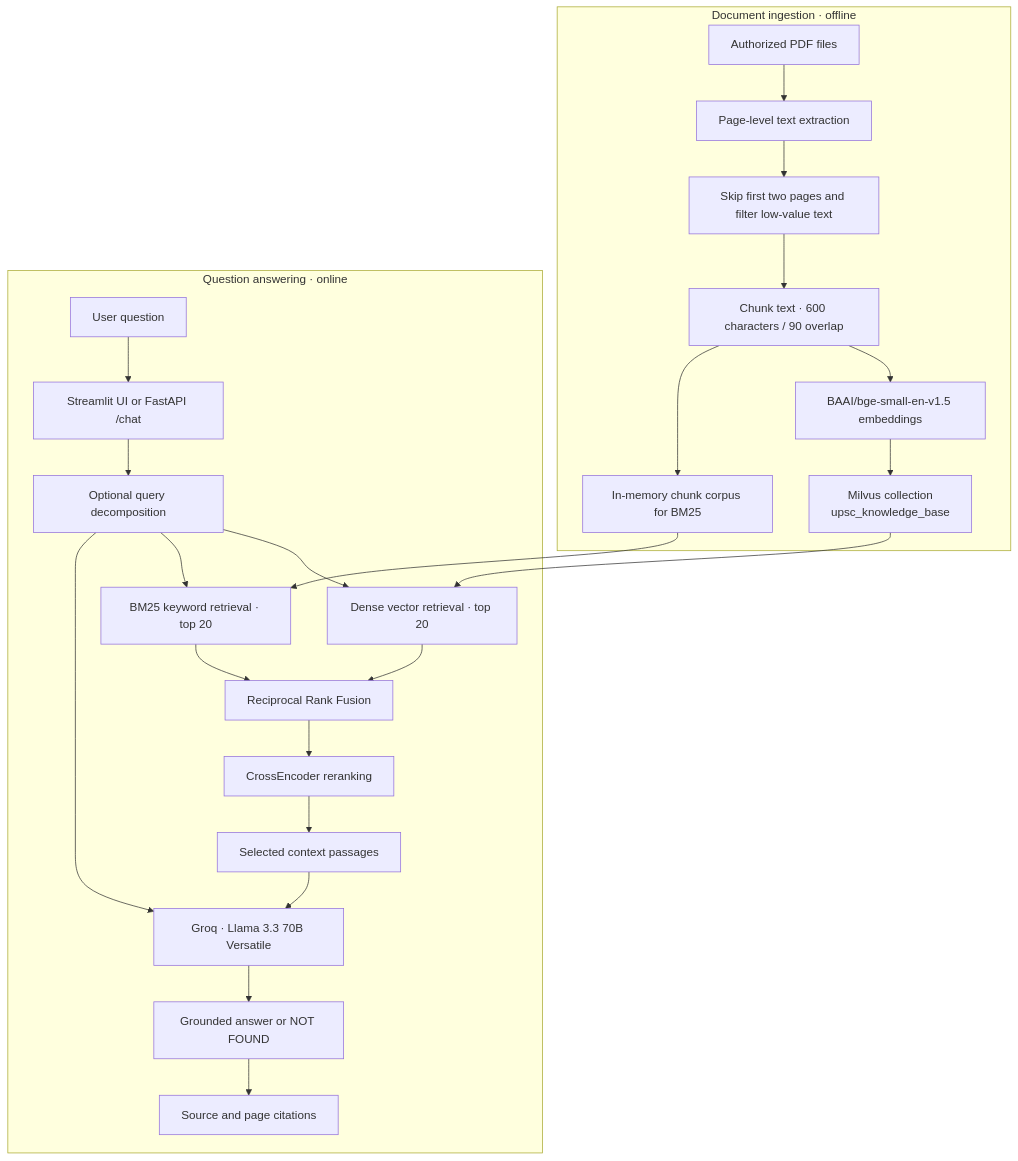
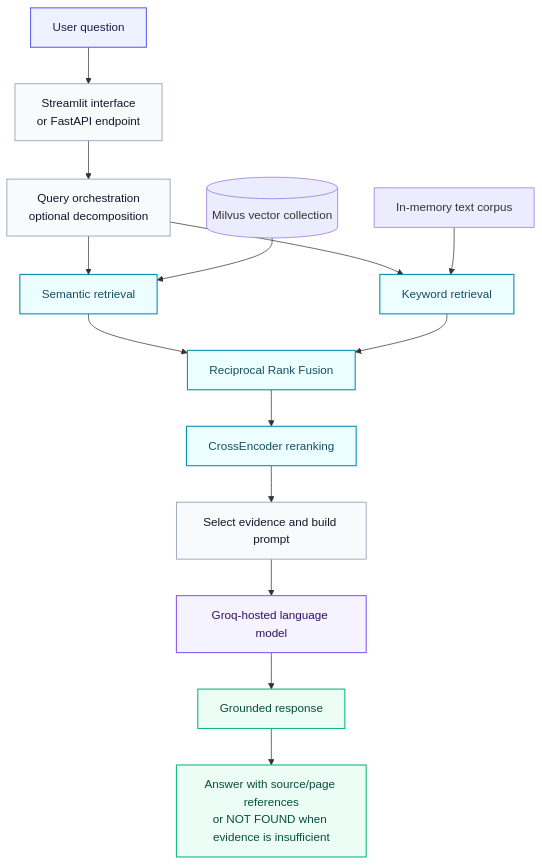
The second of 2 diagrams in README.md (bhaskaranjappa/Enterprise-RAG), drawn with Mermaid before and after one commit. The commit also changed other lines of this file, not shown here.

Commit message:
Redesign architecture diagrams and generalize project terminology

```diff
--- a/README.md
+++ b/README.md
@@ -48,28 +76,32 @@
 ~~~mermaid
-flowchart TD
-    subgraph Ingestion["Document ingestion · offline"]
-        PDF["Authorized PDF files"] --> EXTRACT["Page-level text extraction"]
-        EXTRACT --> CLEAN["Skip first two pages and filter low-value text"]
-        CLEAN --> CHUNK["Chunk text · 600 characters / 90 overlap"]
-        CHUNK --> EMBED["BAAI/bge-small-en-v1.5 embeddings"]
-        CHUNK --> CORPUS["In-memory chunk corpus for BM25"]
-        EMBED --> STORE["Milvus collection<br/>upsc_knowledge_base"]
-    end
+flowchart TB
+    QUESTION["User question"] --> ENTRY["Streamlit interface<br/>or FastAPI endpoint"]
+    ENTRY --> ORCHESTRATE["Query orchestration<br/>optional decomposition"]
 
-    subgraph Query["Question answering · online"]
-        USER["User question"] --> UI["Streamlit UI or FastAPI /chat"]
-        UI --> DECOMP["Optional query decomposition"]
-        DECOMP --> DENSE["Dense vector retrieval · top 20"]
-        DECOMP --> BM25["BM25 keyword retrieval · top 20"]
-        STORE --> DENSE
-        CORPUS --> BM25
-        DENSE --> RRF["Reciprocal Rank Fusion"]
-        BM25 --> RRF
-        RRF --> RERANK["CrossEncoder reranking"]
-        RERANK --> CONTEXT["Selected context passages"]
-        CONTEXT --> LLM["Groq · Llama 3.3 70B Versatile"]
-        DECOMP --> LLM
-        LLM --> ANSWER["Grounded answer or NOT FOUND"]
-        ANSWER --> SOURCES["Source and page citations"]
-    end
+    ORCHESTRATE --> DENSE["Semantic retrieval"]
+    ORCHESTRATE --> KEYWORD["Keyword retrieval"]
+
+    VECTOR[("Milvus vector collection")] --> DENSE
+    CORPUS["In-memory text corpus"] --> KEYWORD
+
+    DENSE --> FUSION["Reciprocal Rank Fusion"]
+    KEYWORD --> FUSION
+
+    FUSION --> RERANK["CrossEncoder reranking"]
+    RERANK --> CONTEXT["Select evidence and build prompt"]
+    CONTEXT --> GENERATE["Groq-hosted language model"]
+    GENERATE --> ANSWER["Grounded response"]
+    ANSWER --> CITATIONS["Answer with source/page references<br/>or NOT FOUND when evidence is insufficient"]
+
+    classDef input fill:#EEF2FF,stroke:#6366F1,color:#1E1B4B,stroke-width:1.5px
+    classDef process fill:#F8FAFC,stroke:#94A3B8,color:#0F172A,stroke-width:1.2px
+    classDef retrieval fill:#ECFEFF,stroke:#0891B2,color:#164E63,stroke-width:1.5px
+    classDef model fill:#F5F3FF,stroke:#8B5CF6,color:#2E1065,stroke-width:1.5px
+    classDef result fill:#ECFDF5,stroke:#10B981,color:#064E3B,stroke-width:1.5px
+
+    class QUESTION input
+    class ENTRY,ORCHESTRATE,CONTEXT process
+    class DENSE,KEYWORD,FUSION,RERANK retrieval
+    class GENERATE model
+    class ANSWER,CITATIONS result
 ~~~
```
